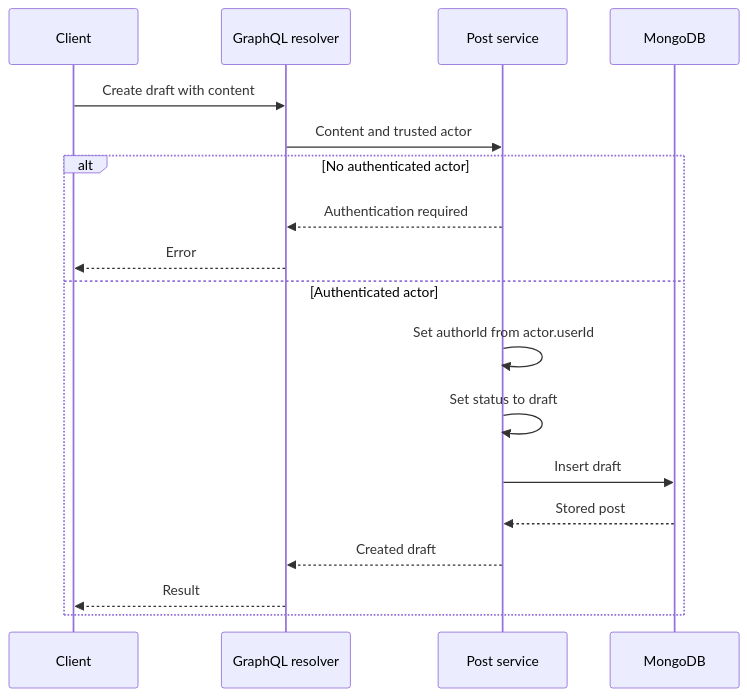
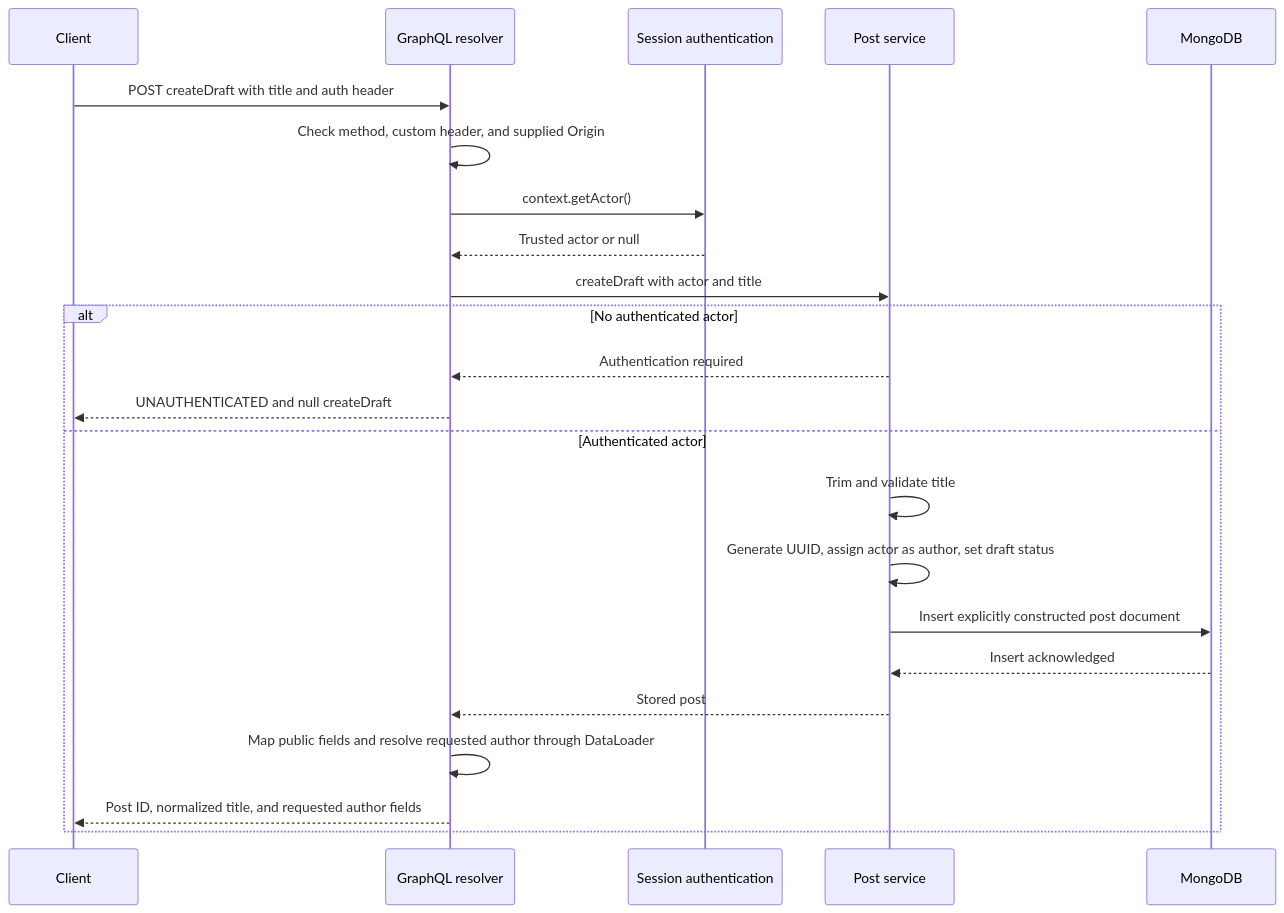
Before and after one commit to aruprakshit/GraphQL-Engineering-Lab: the third of 6 diagrams in docs/authorization.md, drawn with Mermaid. The commit also changed other lines of this file, not shown here.

Commit message:
Document authenticated draft creation and authorization

````diff
--- a/docs/authorization.md
+++ b/docs/authorization.md
@@ -114,22 +122,26 @@
 ```mermaid
 sequenceDiagram
     participant C as Client
     participant G as GraphQL resolver
+    participant A as Session authentication
     participant S as Post service
     participant D as MongoDB
 
-    C->>G: Create draft with content
-    G->>S: Content and trusted actor
-
+    C->>G: POST createDraft with title and auth header
+    G->>G: Check method, custom header, and supplied Origin
+    G->>A: context.getActor()
+    A-->>G: Trusted actor or null
+    G->>S: createDraft with actor and title
     alt No authenticated actor
         S-->>G: Authentication required
-        G-->>C: Error
+        G-->>C: UNAUTHENTICATED and null createDraft
     else Authenticated actor
-        S->>S: Set authorId from actor.userId
-        S->>S: Set status to draft
-        S->>D: Insert draft
-        D-->>S: Stored post
-        S-->>G: Created draft
-        G-->>C: Result
+        S->>S: Trim and validate title
+        S->>S: Generate UUID, assign actor as author, set draft status
+        S->>D: Insert explicitly constructed post document
+        D-->>S: Insert acknowledged
+        S-->>G: Stored post
+        G->>G: Map public fields and resolve requested author through DataLoader
+        G-->>C: Post ID, normalized title, and requested author fields
     end
 ```
````
